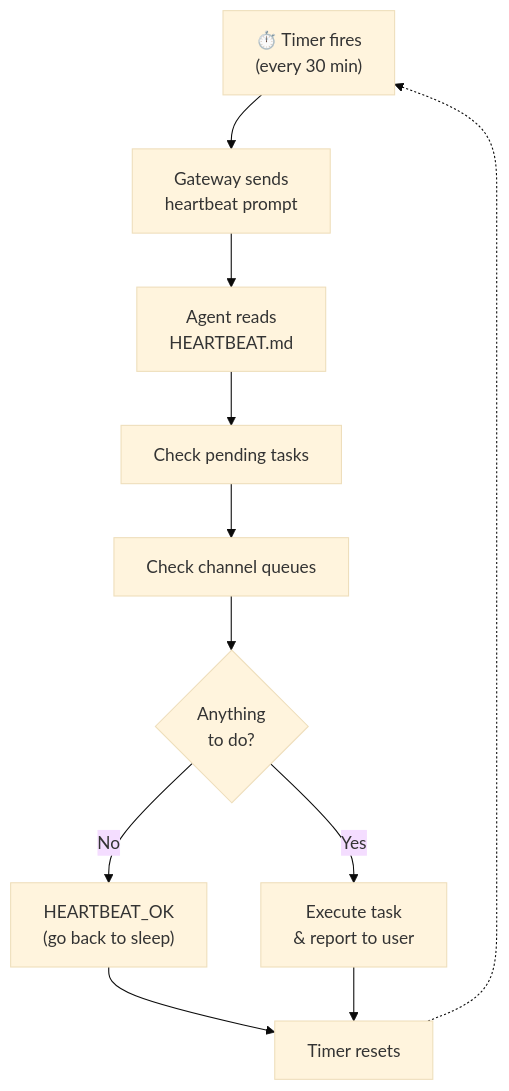
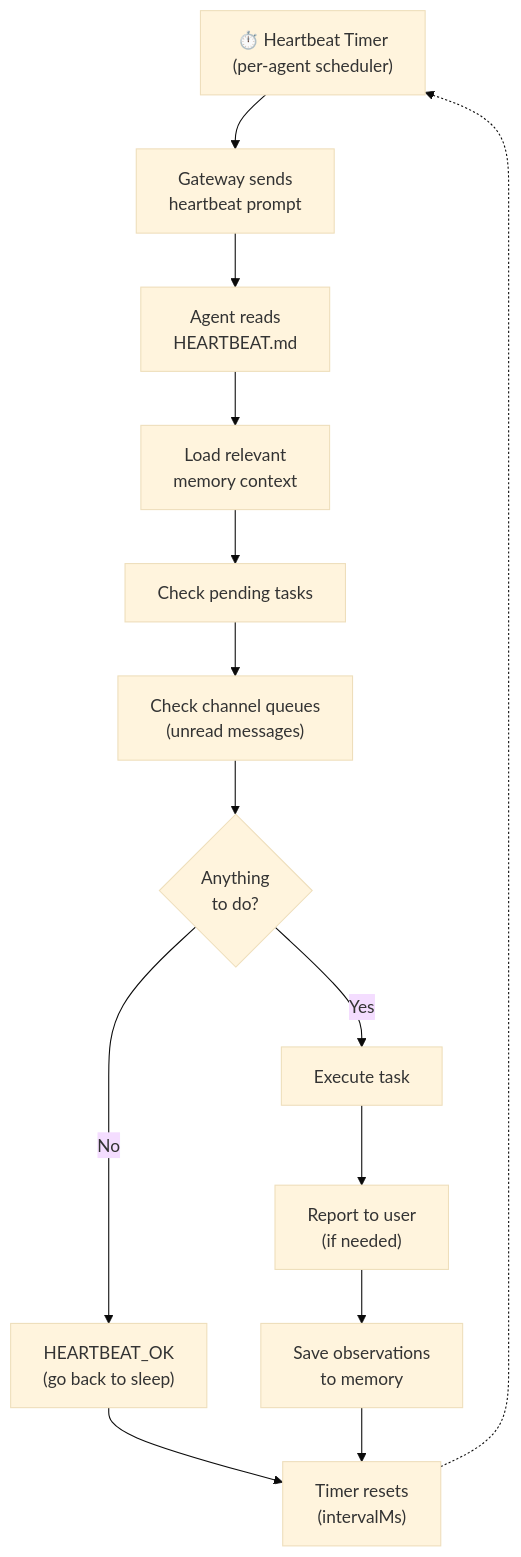
One commit to clawdocs/clawdocs.github.io changed the diagram in docs/architecture/heartbeat.md. Above: the diagram before and after it, drawn with Mermaid (base theme). The commit also changed other lines of this file and 4 other files, not shown here.

First line of the commit message:
Expand all 5 architecture pages (582 → 1,300 lines)

````diff
--- a/docs/architecture/heartbeat.md
+++ b/docs/architecture/heartbeat.md
@@ -15,13 +15,16 @@
 ```mermaid
 flowchart TD
-    Timer["⏱️ Timer fires<br/>(every 30 min)"] --> Prompt["Gateway sends<br/>heartbeat prompt"]
+    Timer["⏱️ Heartbeat Timer<br/>(per-agent scheduler)"] --> Prompt["Gateway sends<br/>heartbeat prompt"]
     Prompt --> ReadHB["Agent reads<br/>HEARTBEAT.md"]
-    ReadHB --> CheckTasks["Check pending tasks"]
-    CheckTasks --> CheckQueues["Check channel queues"]
+    ReadHB --> LoadMem["Load relevant<br/>memory context"]
+    LoadMem --> CheckTasks["Check pending tasks"]
+    CheckTasks --> CheckQueues["Check channel queues<br/>(unread messages)"]
     CheckQueues --> Decision{"Anything<br/>to do?"}
     Decision -- No --> OK["HEARTBEAT_OK<br/>(go back to sleep)"]
-    Decision -- Yes --> Execute["Execute task<br/>& report to user"]
-    OK --> Reset["Timer resets"]
-    Execute --> Reset
+    Decision -- Yes --> Execute["Execute task"]
+    Execute --> Report["Report to user<br/>(if needed)"]
+    Report --> SaveMem["Save observations<br/>to memory"]
+    OK --> Reset["Timer resets<br/>(intervalMs)"]
+    SaveMem --> Reset
     Reset -.-> Timer
 ```
````
